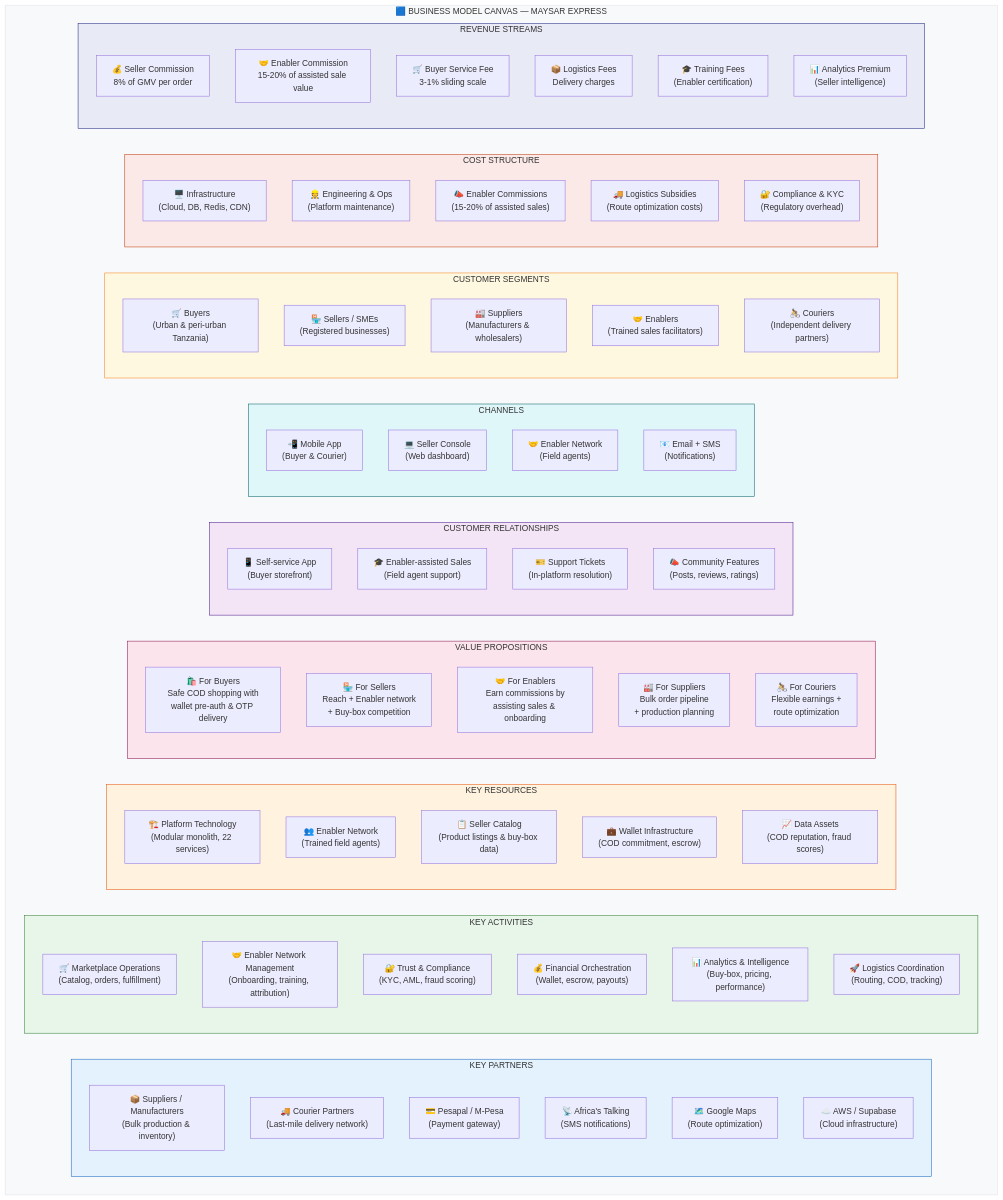
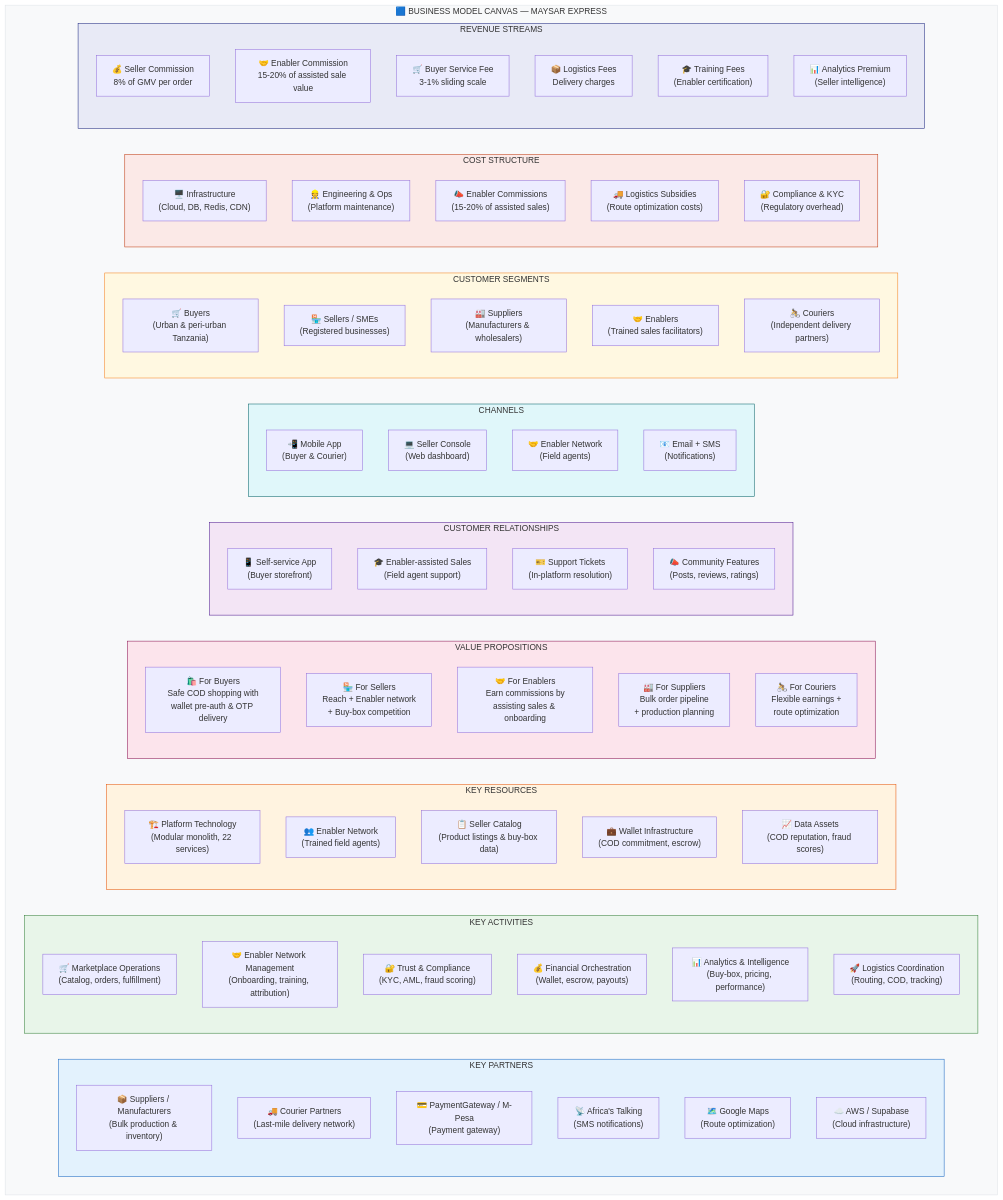
The first of 3 diagrams in docs/business/business-model-canvas.md (maysar-014/maysar-express-backend), drawn with Mermaid before and after one commit. The commit also changed 158 other files, not shown here.

```diff
--- a/docs/business/business-model-canvas.md
+++ b/docs/business/business-model-canvas.md
@@ -14,7 +14,7 @@
         subgraph KP["KEY PARTNERS"]
             KP1["📦 Suppliers / Manufacturers\n(Bulk production & inventory)"]
             KP2["🚚 Courier Partners\n(Last-mile delivery network)"]
-            KP3["💳 Pesapal / M-Pesa\n(Payment gateway)"]
+            KP3["💳 PaymentGateway / M-Pesa\n(Payment gateway)"]
             KP4["📡 Africa's Talking\n(SMS notifications)"]
             KP5["🗺️ Google Maps\n(Route optimization)"]
             KP6["☁️ AWS / Supabase\n(Cloud infrastructure)"]
```
